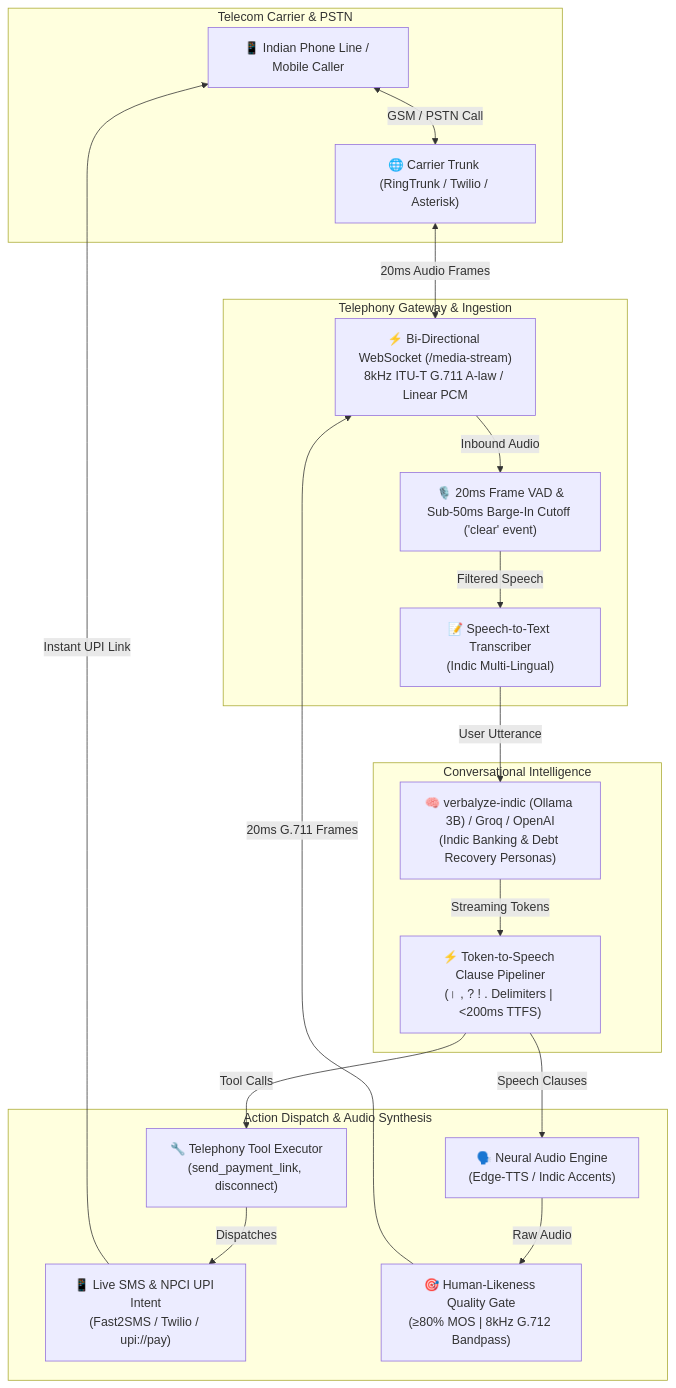
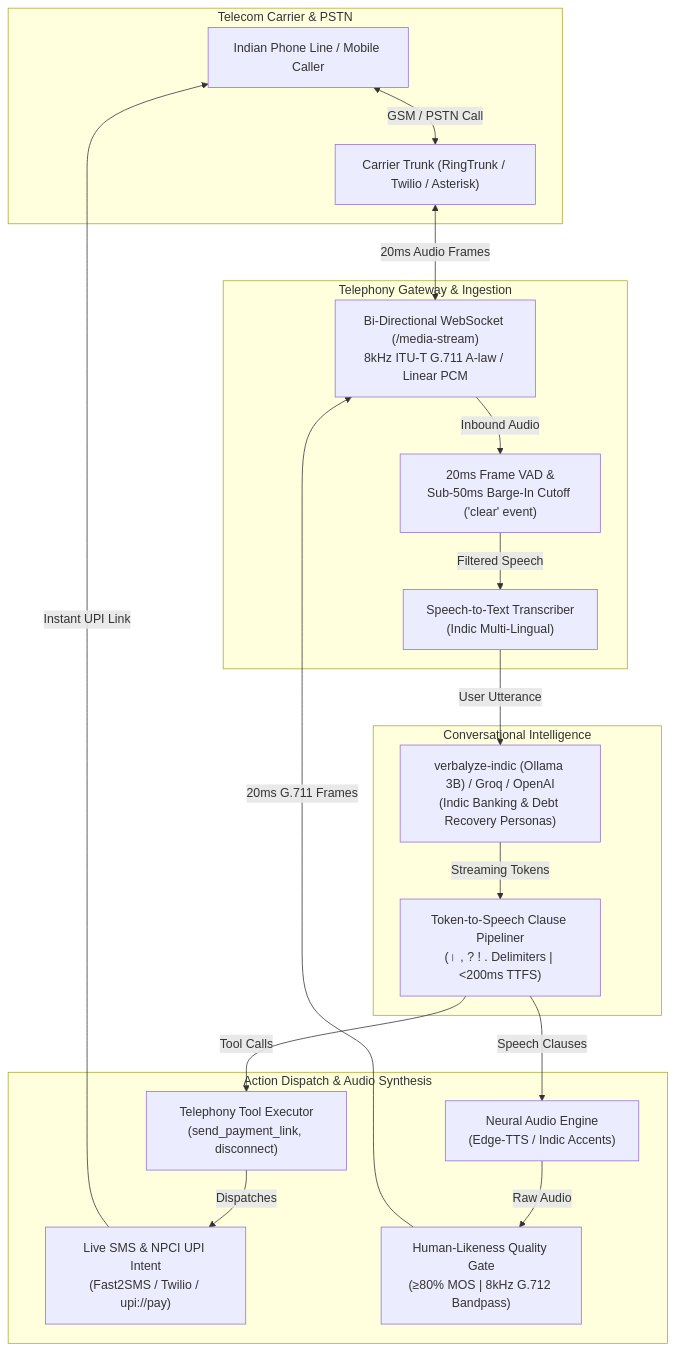
Before and after one commit to ansh-rohilla/Verbalyze: the diagram in README.md, drawn with Mermaid. The commit also changed other lines of this file, not shown here.

Commit message:
docs: remove emojis from system architecture section and diagram

````diff
--- a/README.md
+++ b/README.md
@@ -17,39 +17,39 @@
 ```mermaid
 flowchart TD
     subgraph Telecom["Telecom Carrier & PSTN"]
-        Caller["📱 Indian Phone Line / Mobile Caller"]
-        Carrier["🌐 Carrier Trunk (RingTrunk / Twilio / Asterisk)"]
+        Caller["Indian Phone Line / Mobile Caller"]
+        Carrier["Carrier Trunk (RingTrunk / Twilio / Asterisk)"]
         Caller <-->|"GSM / PSTN Call"| Carrier
     end
 
     subgraph Gateway["Telephony Gateway & Ingestion"]
-        WS["⚡ Bi-Directional WebSocket (/media-stream)<br/>8kHz ITU-T G.711 A-law / Linear PCM"]
-        VAD["🎙️ 20ms Frame VAD &<br/>Sub-50ms Barge-In Cutoff ('clear' event)"]
-        STT["📝 Speech-to-Text Transcriber<br/>(Indic Multi-Lingual)"]
+        WS["Bi-Directional WebSocket (/media-stream)<br/>8kHz ITU-T G.711 A-law / Linear PCM"]
+        VAD["20ms Frame VAD &<br/>Sub-50ms Barge-In Cutoff ('clear' event)"]
+        STT["Speech-to-Text Transcriber<br/>(Indic Multi-Lingual)"]
         Carrier <-->|"20ms Audio Frames"| WS
         WS -->|"Inbound Audio"| VAD
         VAD -->|"Filtered Speech"| STT
     end
 
     subgraph Intelligence["Conversational Intelligence"]
-        SLM["🧠 verbalyze-indic (Ollama 3B) / Groq / OpenAI<br/>(Indic Banking & Debt Recovery Personas)"]
-        Streamer["⚡ Token-to-Speech Clause Pipeliner<br/>(। , ? ! . Delimiters | &lt;200ms TTFS)"]
+        SLM["verbalyze-indic (Ollama 3B) / Groq / OpenAI<br/>(Indic Banking & Debt Recovery Personas)"]
+        Streamer["Token-to-Speech Clause Pipeliner<br/>(। , ? ! . Delimiters | &lt;200ms TTFS)"]
         STT -->|"User Utterance"| SLM
         SLM -->|"Streaming Tokens"| Streamer
     end
 
     subgraph Actions["Action Dispatch & Audio Synthesis"]
-        Tools["🔧 Telephony Tool Executor<br/>(send_payment_link, disconnect)"]
-        SMS["📱 Live SMS & NPCI UPI Intent<br/>(Fast2SMS / Twilio / upi://pay)"]
-        TTS["🗣️ Neural Audio Engine<br/>(Edge-TTS / Indic Accents)"]
-        Gate["🎯 Human-Likeness Quality Gate<br/>(&ge;80% MOS | 8kHz G.712 Bandpass)"]
+        Tools["Telephony Tool Executor<br/>(send_payment_link, disconnect)"]
+        SMS["Live SMS & NPCI UPI Intent<br/>(Fast2SMS / Twilio / upi://pay)"]
+        TTS["Neural Audio Engine<br/>(Edge-TTS / Indic Accents)"]
+        Gate["Human-Likeness Quality Gate<br/>(&ge;80% MOS | 8kHz G.712 Bandpass)"]
         
         Streamer -->|"Tool Calls"| Tools
         Tools -->|"Dispatches"| SMS
         SMS -->|"Instant UPI Link"| Caller
 
         Streamer -->|"Speech Clauses"| TTS
         TTS -->|"Raw Audio"| Gate
         Gate -->|"20ms G.711 Frames"| WS
     end
 ```
````
